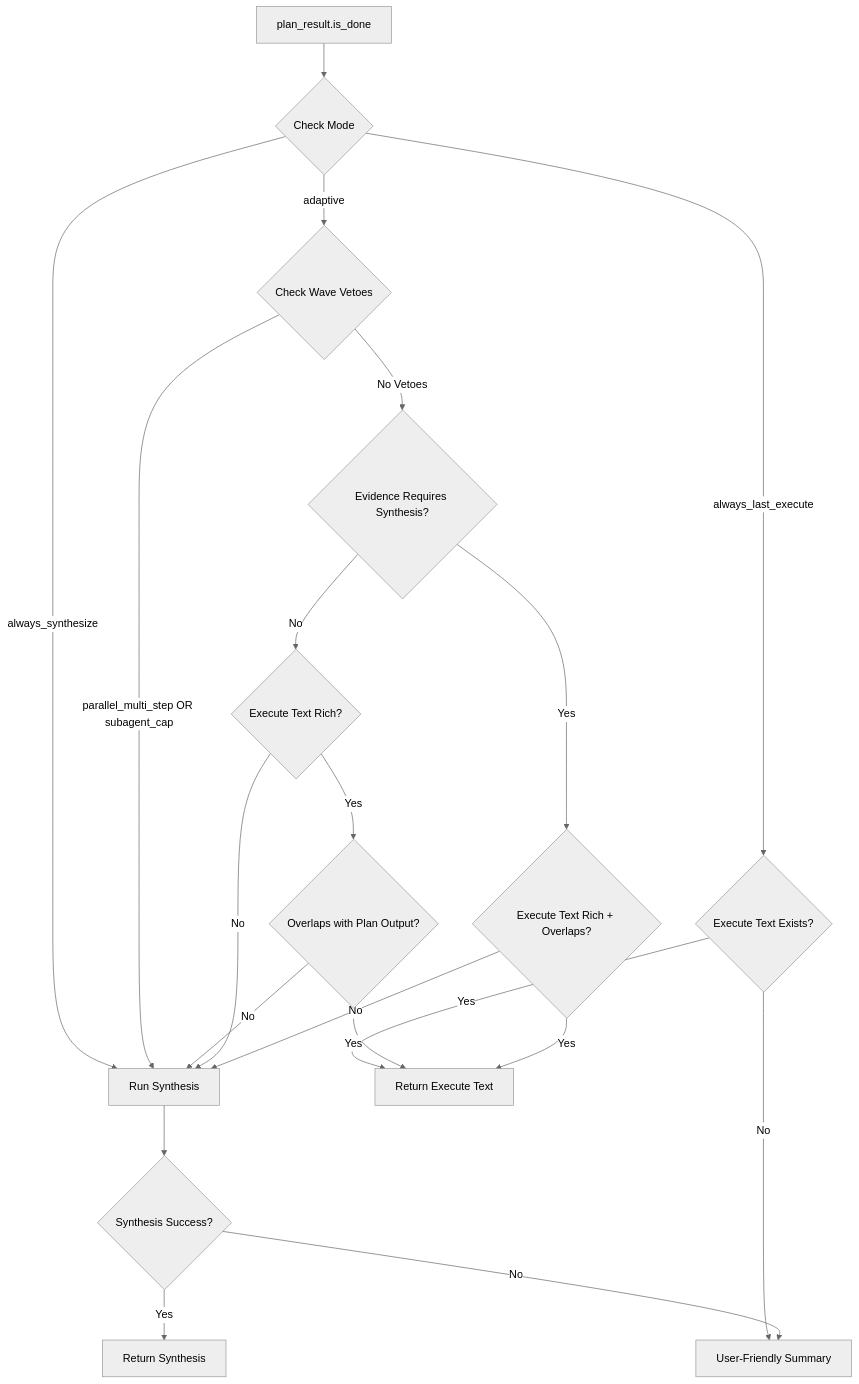
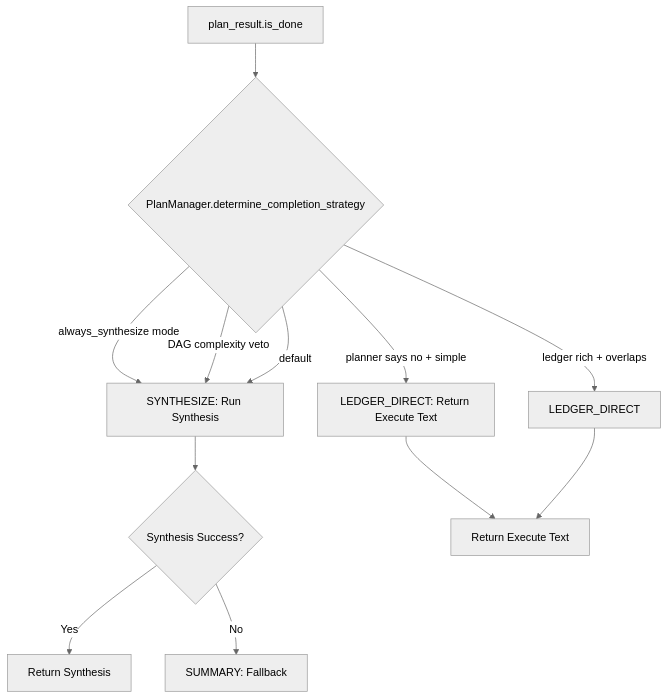
Before and after one commit to OpenSoothe/soothe: the diagram in docs/analysis/goal_completion_response_workflow.md, drawn with Mermaid (neutral theme). The commit also changed other lines of this file and 19 other files, not shown here.

````diff
--- a/docs/analysis/goal_completion_response_workflow.md
+++ b/docs/analysis/goal_completion_response_workflow.md
@@ -151,22 +151,14 @@
 ```mermaid
 graph TD
-    A[plan_result.is_done] --> B{Check Mode}
-    B -->|always_synthesize| C[Run Synthesis]
-    B -->|always_last_execute| D{Execute Text Exists?}
-    D -->|Yes| E[Return Execute Text]
-    D -->|No| F[User-Friendly Summary]
-    B -->|adaptive| G{Check Wave Vetoes}
-    G -->|parallel_multi_step OR subagent_cap| C
-    G -->|No Vetoes| H{Evidence Requires Synthesis?}
-    H -->|No| I{Execute Text Rich?}
-    I -->|Yes| J{Overlaps with Plan Output?}
-    J -->|Yes| E
-    J -->|No| C
-    I -->|No| C
-    H -->|Yes| K{Execute Text Rich + Overlaps?}
-    K -->|Yes| E
-    K -->|No| C
-    C --> L{Synthesis Success?}
-    L -->|Yes| M[Return Synthesis]
-    L -->|No| F
+    A[plan_result.is_done] --> B{PlanManager.determine_completion_strategy}
+    B -->|always_synthesize mode| C[SYNTHESIZE: Run Synthesis]
+    B -->|planner says no + simple| D[LEDGER_DIRECT: Return Execute Text]
+    B -->|DAG complexity veto| C
+    B -->|ledger rich + overlaps| E[LEDGER_DIRECT]
+    B -->|default| C
+    C --> F{Synthesis Success?}
+    F -->|Yes| G[Return Synthesis]
+    F -->|No| H[SUMMARY: Fallback]
+    D --> I[Return Execute Text]
+    E --> I
 ```
````
